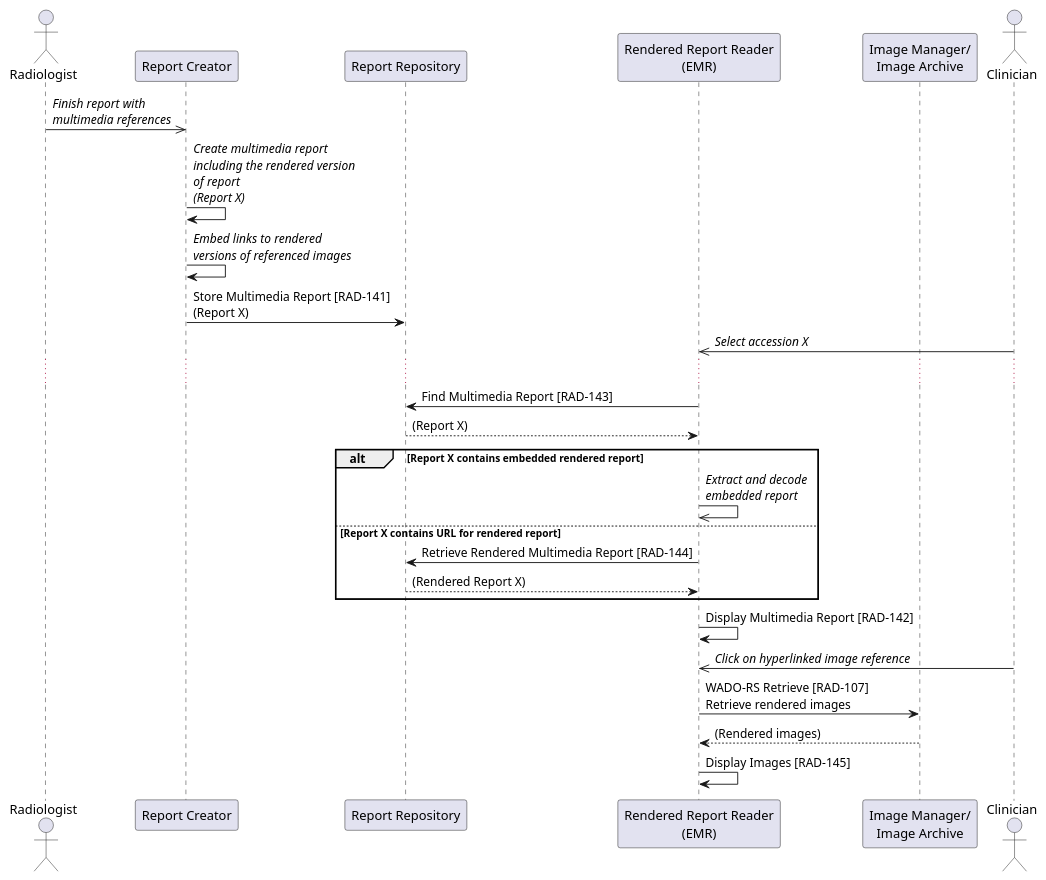
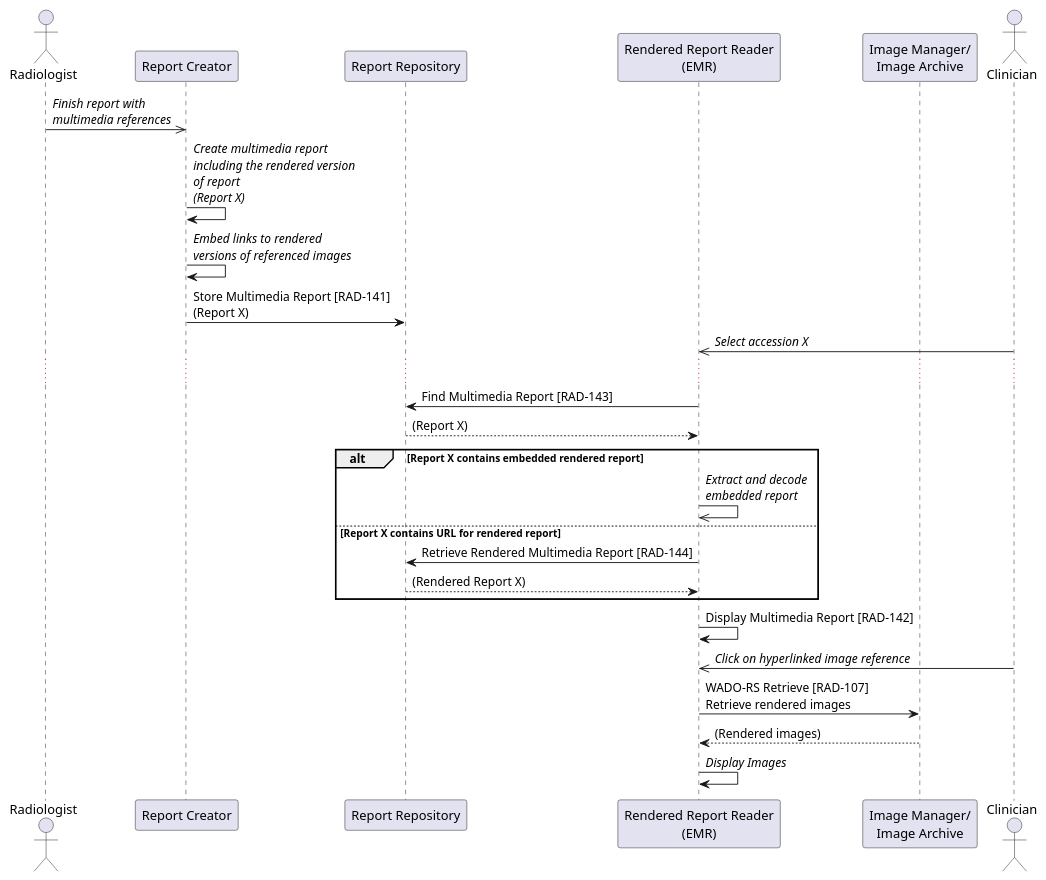
The diagram in input/images-source/uc1-presenting-interactive-report-presentedform.plantuml (IHE/RAD.IMR), drawn with PlantUML before and after one commit. The commit also changed 4 other files, not shown here.

Commit message:
#28 Remove reference to RAD-145 for Display Image.

```diff
--- a/input/images-source/uc1-presenting-interactive-report-presentedform.plantuml
+++ b/input/images-source/uc1-presenting-interactive-report-presentedform.plantuml
@@ -1,40 +1,40 @@
 @startuml
 
 actor "Radiologist" as Rad
 
 participant "Report Creator" as RCreator
 participant "Report Repository" as Repo
 participant "Rendered Report Reader\n(EMR)" as EMR
 
 participant "Image Manager/\nImage Archive" as Archive
 
 actor Clinician as Clinician
 
 Rad->>RCreator: //Finish report with//\n//multimedia references//
 RCreator->RCreator: //Create multimedia report//\n//including the rendered version//\n//of report//\n//(Report X)//
 RCreator->RCreator: //Embed links to rendered//\n//versions of referenced images//
 
 RCreator->Repo: Store Multimedia Report [RAD-141]\n(Report X)
 
 Clinician->>EMR: //Select accession X//
 
 ...
 
 EMR->Repo: Find Multimedia Report [RAD-143]
 Repo-->EMR:(Report X)
 
 alt Report X contains embedded rendered report
 EMR->>EMR: //Extract and decode//\n//embedded report//
 else Report X contains URL for rendered report
 EMR->Repo: Retrieve Rendered Multimedia Report [RAD-144]
 Repo-->EMR: (Rendered Report X)
 end
 
 EMR->EMR: Display Multimedia Report [RAD-142]
 Clinician->>EMR: //Click on hyperlinked image reference//
 
 EMR->Archive: WADO-RS Retrieve [RAD-107]\nRetrieve rendered images
 Archive-->EMR: (Rendered images)
-EMR->EMR: Display Images [RAD-145]
+EMR->EMR: //Display Images//
 
 @enduml
```
